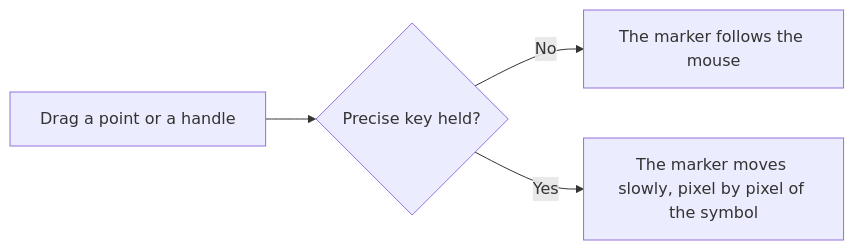
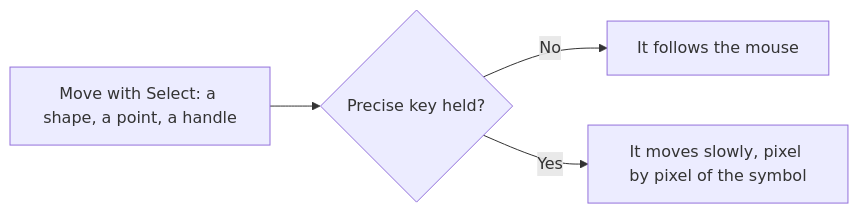
The diagram in symbols/03-editor/precise-move.md (AlexandreGallais/synoptic-studio-spec), drawn with Mermaid before and after one commit. The commit also changed other lines of this file and 18 other files, not shown here.

````diff
--- a/symbols/03-editor/precise-move.md
+++ b/symbols/03-editor/precise-move.md
@@ -18,6 +18,6 @@
 ```mermaid
 flowchart LR
-    A["Drag a point or a handle"] --> B{"Precise key held?"}
-    B -- "No" --> C["The marker follows the mouse"]
-    B -- "Yes" --> D["The marker moves slowly, pixel by pixel of the symbol"]
+    A["Move with Select: a shape, a point, a handle"] --> B{"Precise key held?"}
+    B -- "No" --> C["It follows the mouse"]
+    B -- "Yes" --> D["It moves slowly, pixel by pixel of the symbol"]
 ```
````
